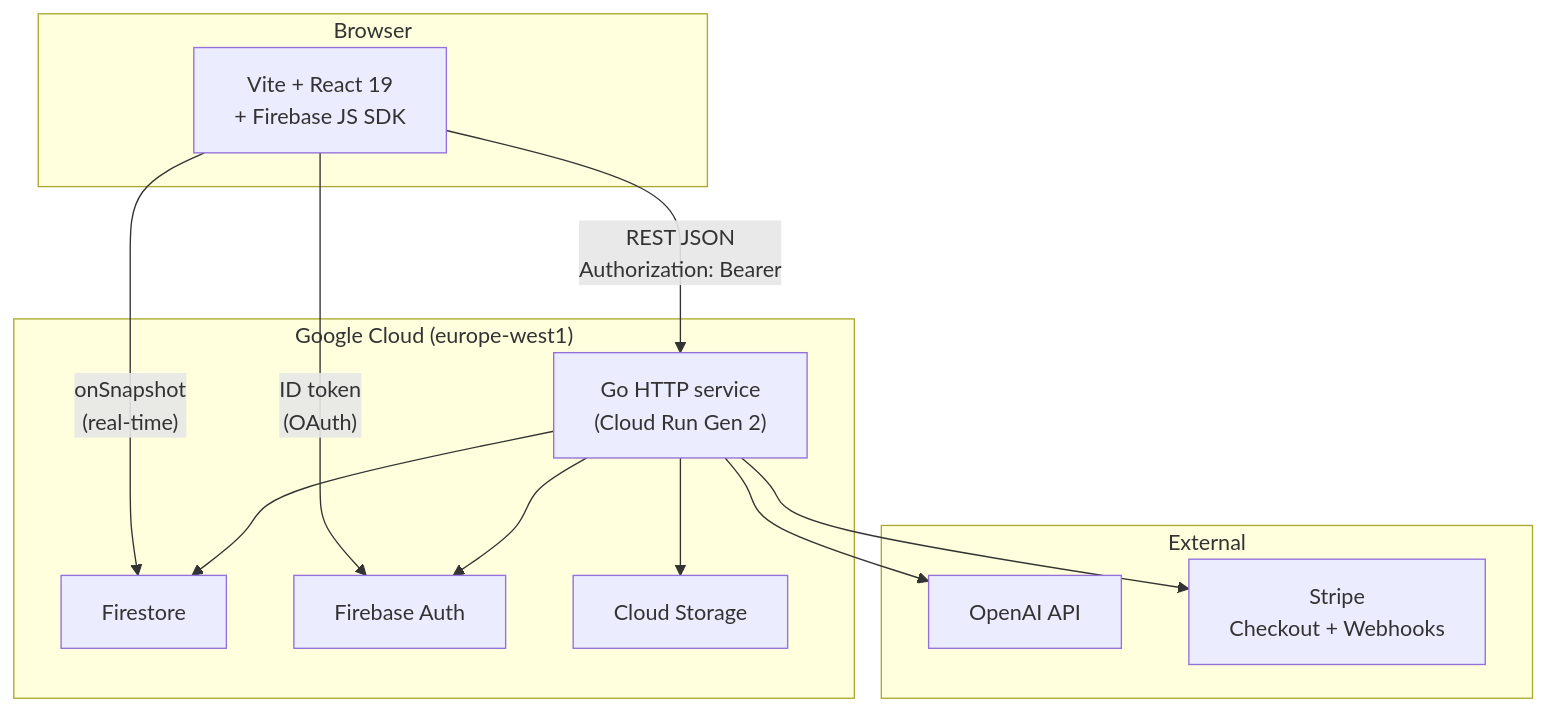
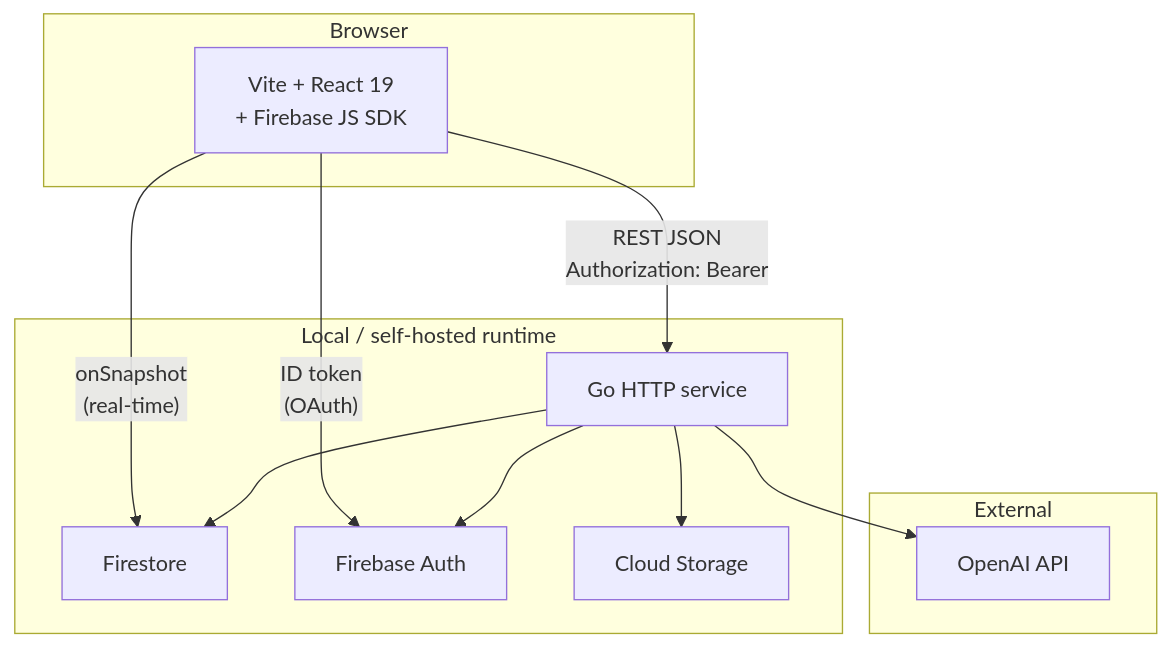
The first of 6 diagrams in docs/ARCHITECTURE.md (mnohe/cvai), drawn with Mermaid before and after one commit. The commit also changed other lines of this file and 63 other files, not shown here.

````diff
--- a/docs/ARCHITECTURE.md
+++ b/docs/ARCHITECTURE.md
@@ -11,28 +12,26 @@
 ```mermaid
 graph TD
     subgraph Browser
         SPA["Vite + React 19\n+ Firebase JS SDK"]
     end
 
-    subgraph GCP ["Google Cloud (europe-west1)"]
-        CR["Go HTTP service\n(Cloud Run Gen 2)"]
+    subgraph Runtime ["Local / self-hosted runtime"]
+        CR["Go HTTP service"]
         FS["Firestore"]
         FA["Firebase Auth"]
         GCS["Cloud Storage"]
     end
 
     subgraph External
         OpenAI["OpenAI API"]
-        Stripe["Stripe\nCheckout + Webhooks"]
     end
 
     SPA -- "REST JSON\nAuthorization: Bearer" --> CR
     SPA -- "onSnapshot\n(real-time)" --> FS
     SPA -- "ID token\n(OAuth)" --> FA
 
     CR --> FS
     CR --> FA
     CR --> GCS
     CR --> OpenAI
-    CR --> Stripe
 ```
````
